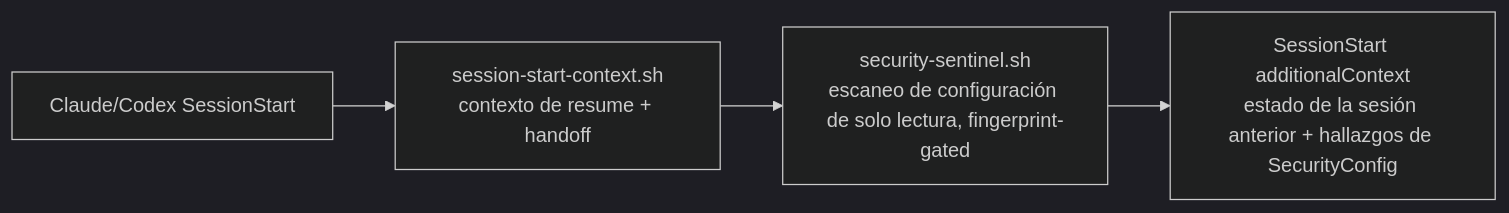
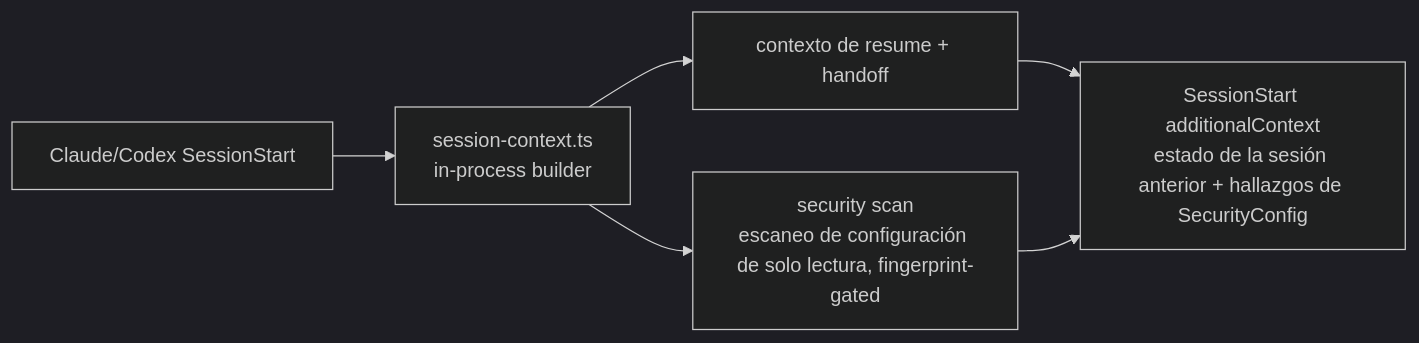
Before and after one commit to Ancienttwo/repo-harness: the second of 3 diagrams in README.es.md, drawn with Mermaid (dark theme). The commit also changed other lines of this file and 36 other files, not shown here.

First line of the commit message:
feat(hook): consolidate SessionStart into the in-process session-context builder (HRD-04) (#98)

````diff
--- a/README.es.md
+++ b/README.es.md
@@ -368,6 +369,8 @@
 ```mermaid
 flowchart LR
-  SessionStart["Claude/Codex SessionStart"] --> Ctx["session-start-context.sh<br/>contexto de resume + handoff"]
-  Ctx --> Sec["security-sentinel.sh<br/>escaneo de configuración de solo lectura, fingerprint-gated"]
-  Sec --> SSOut["SessionStart additionalContext<br/>estado de la sesión anterior + hallazgos de SecurityConfig"]
+  SessionStart["Claude/Codex SessionStart"] --> Ctx["session-context.ts<br/>in-process builder"]
+  Ctx --> Resume["contexto de resume + handoff"]
+  Ctx --> Sec["security scan<br/>escaneo de configuración de solo lectura, fingerprint-gated"]
+  Resume --> SSOut["SessionStart additionalContext<br/>estado de la sesión anterior + hallazgos de SecurityConfig"]
+  Sec --> SSOut
 ```
````
